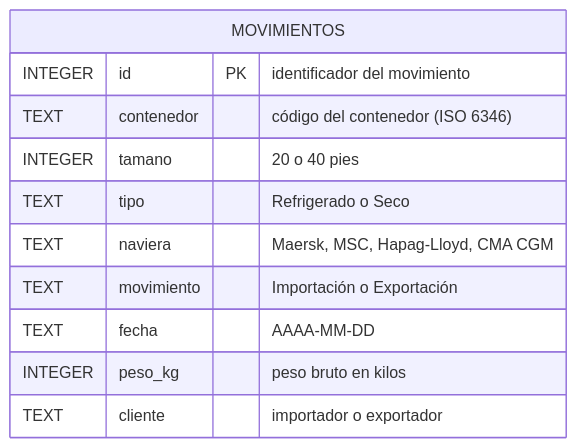
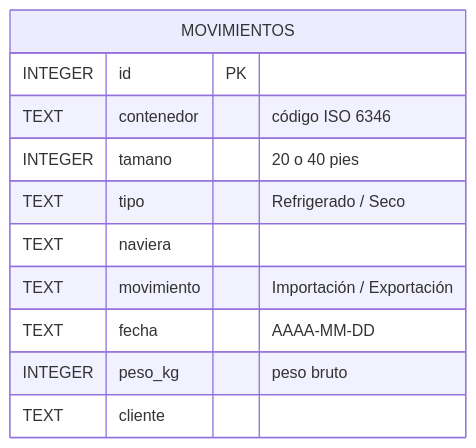
One commit to byronbustamanteg700/sql-movimientos-portuarios changed the diagram in README.md. Above: the diagram before and after it, drawn with Mermaid. The commit also changed other lines of this file and 5 other files, not shown here.

````diff
--- a/README.md
+++ b/README.md
@@ -20,14 +34,14 @@
 ```mermaid
 erDiagram
     MOVIMIENTOS {
-        INTEGER id PK "identificador del movimiento"
-        TEXT contenedor "código del contenedor (ISO 6346)"
+        INTEGER id PK
+        TEXT contenedor "código ISO 6346"
         INTEGER tamano "20 o 40 pies"
-        TEXT tipo "Refrigerado o Seco"
-        TEXT naviera "Maersk, MSC, Hapag-Lloyd, CMA CGM"
-        TEXT movimiento "Importación o Exportación"
+        TEXT tipo "Refrigerado / Seco"
+        TEXT naviera
+        TEXT movimiento "Importación / Exportación"
         TEXT fecha "AAAA-MM-DD"
-        INTEGER peso_kg "peso bruto en kilos"
-        TEXT cliente "importador o exportador"
+        INTEGER peso_kg "peso bruto"
+        TEXT cliente
     }
 ```
````
